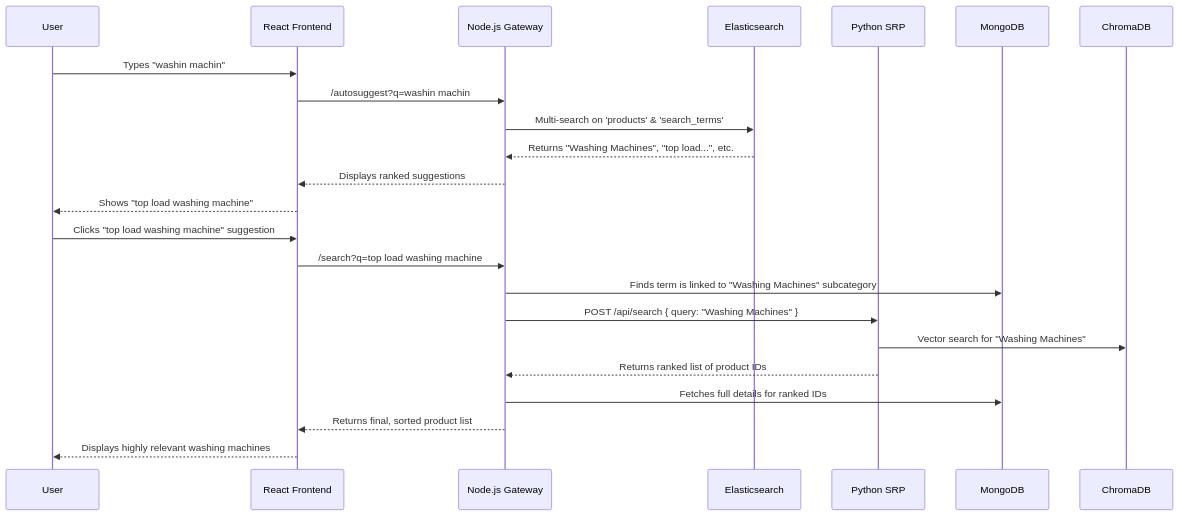
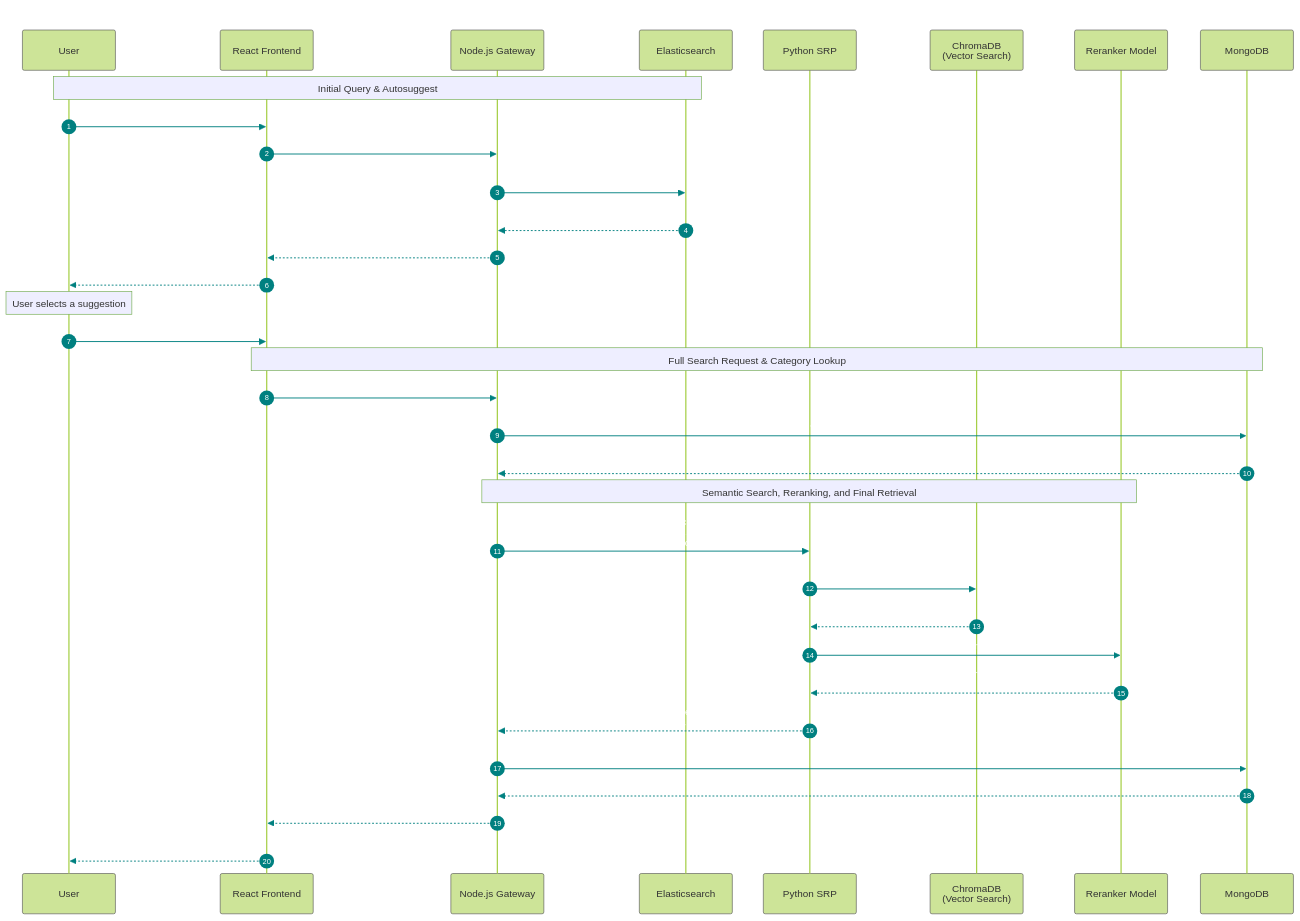
One commit to Darkcaptain007/Grid-Flipkart changed the second of 2 diagrams in README.md. Above: the diagram before and after it, drawn with Mermaid. The commit also changed other lines of this file, not shown here.

````diff
--- a/README.md
+++ b/README.md
@@ -68,29 +94,62 @@
 ```mermaid
+%%{ init: {
+    'theme': 'forest',
+    'themeVariables': {
+        'actorTextColor': '#333',
+        'textColor': '#FFFFFF',
+        'signalTextColor': '#FFFFFF',
+        'noteTextColor': '#333',
+        'actorBorder': '#555',
+        'signalColor': '#008080',
+        'noteBkgColor': '#eef',
+        'fontFamily': 'Arial, sans-serif'
+    }
+} }%%
 sequenceDiagram
+    autonumber
     participant U as User
     participant UI as React Frontend
     participant API as Node.js Gateway
     participant ES as Elasticsearch
     participant SRP as Python SRP
+    participant CDB as ChromaDB<br/>(Vector Search)
+    participant RM as Reranker Model
     participant DB as MongoDB
-    
+
+    title Search & Ranking Flow with Reranker
+
+    %% --- Autosuggest Flow ---
+    Note over U, ES: Initial Query & Autosuggest
     U->>UI: Types "washin machin"
-    
-    %% Autosuggest Flow
-    UI->>API: /autosuggest?q=washin machin
-    API->>ES: Multi-search on 'products' & 'search_terms'
-    ES-->>API: Returns "Washing Machines", "top load...", etc.
+    UI->>API: GET /autosuggest?q=washin machin
+    API->>ES: Multi-search request<br/>on 'products' & 'search_terms'
+    ES-->>API: Returns ranked suggestions<br/>["washing machine", "top load..."]
     API-->>UI: Displays ranked suggestions
     UI-->>U: Shows "top load washing machine"
 
-    %% Full Search Flow
-    U->>UI: Clicks "top load washing machine" suggestion
-    UI->>API: /search?q=top load washing machine
-    API->>DB: Finds term is linked to "Washing Machines" subcategory
-    API->>SRP: POST /api/search { query: "Washing Machines" }
-    SRP->>ChromaDB: Vector search for "Washing Machines"
-    SRP-->>API: Returns ranked list of product IDs
-    API->>DB: Fetches full details for ranked IDs
+    %% --- Full Search & Reranking Flow ---
+    Note over U, U: User selects a suggestion
+    U->>UI: Clicks "top load washing machine"
+
+    Note over UI, DB: Full Search Request & Category Lookup
+    UI->>API: GET /search?q=top load washing machine
+    API->>DB: Find category for term<br/>"top load washing machine"
+    DB-->>API: Returns linked subcategory:<br/>"Washing Machines"
+
+    Note over API, RM: Semantic Search, Reranking, and Final Retrieval
+    API->>SRP: POST /api/search<br/>{ query: "top load...",<br/>category: "Washing Machines" }
+    
+    SRP->>CDB: Vector search with query<br/>and category filter
+    CDB-->>SRP: Returns initial candidate IDs<br/>(e.g., top 100)
+
+    SRP->>RM: Rerank(query, candidate_IDs)
+    RM-->>SRP: Returns final, re-ordered<br/>product IDs
+
+    SRP-->>API: Returns highly-ranked list<br/>of product IDs
+    
+    API->>DB: Fetches full product details<br/>for ranked IDs
+    DB-->>API: Returns full product objects
+
     API-->>UI: Returns final, sorted product list
-    UI-->>U: Displays highly relevant washing machines
+    UI-->>U: Displays highly relevant<br/>washing machines
 ```
````
